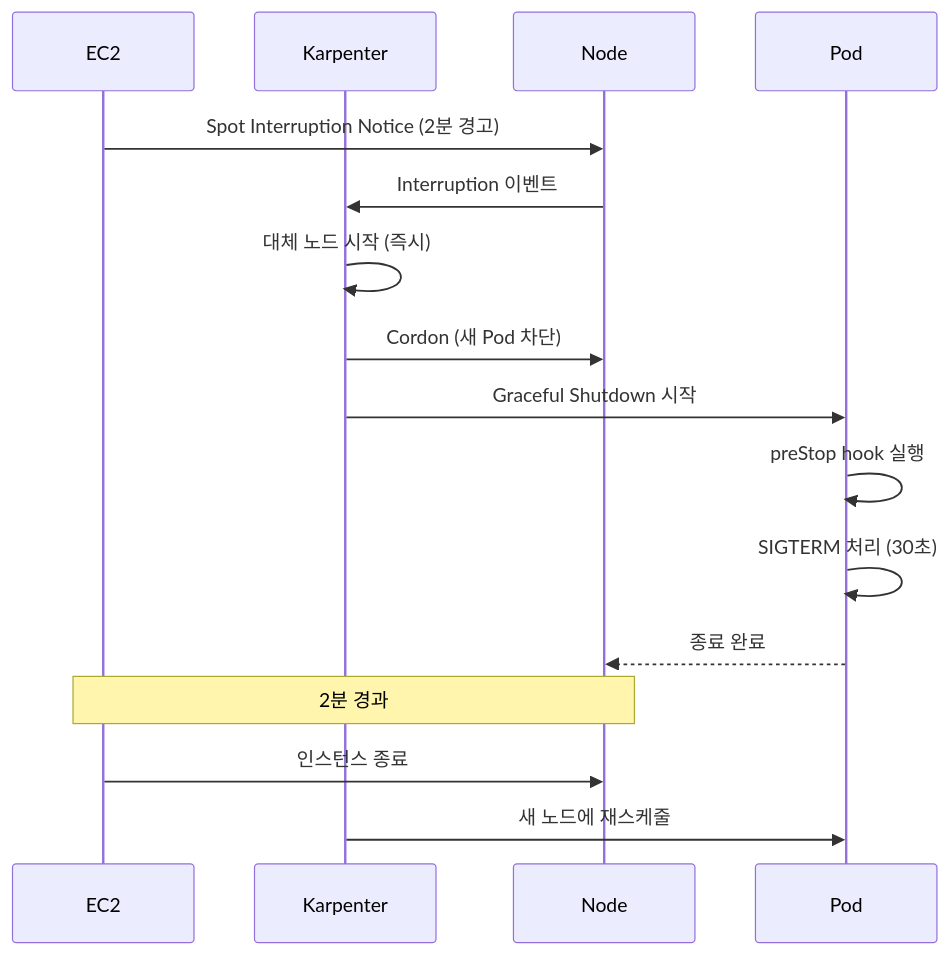
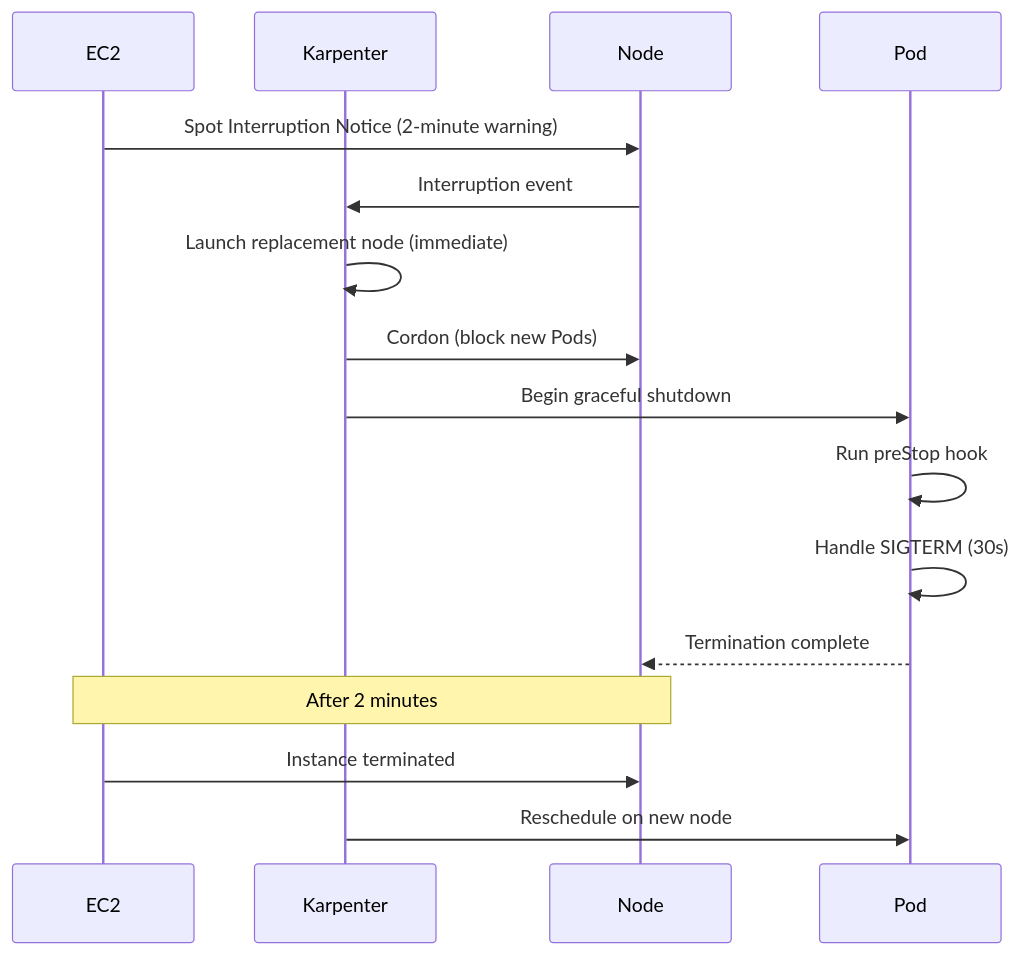
Before and after one commit to devfloor9/engineering-playbook: the fourth of 4 diagrams in docs/eks-best-practices/operations-reliability/eks-debugging/karpenter.md, drawn with Mermaid. The commit also changed other lines of this file and 954 other files, not shown here.

````diff
--- a/docs/eks-best-practices/operations-reliability/eks-debugging/karpenter.md
+++ b/docs/eks-best-practices/operations-reliability/eks-debugging/karpenter.md
@@ -354,21 +354,21 @@
 ```mermaid
 sequenceDiagram
     participant EC2
     participant Karpenter
     participant Node
     participant Pod
 
-    EC2->>Node: Spot Interruption Notice (2분 경고)
-    Node->>Karpenter: Interruption 이벤트
-    Karpenter->>Karpenter: 대체 노드 시작 (즉시)
-    Karpenter->>Node: Cordon (새 Pod 차단)
-    Karpenter->>Pod: Graceful Shutdown 시작
-    Pod->>Pod: preStop hook 실행
-    Pod->>Pod: SIGTERM 처리 (30초)
-    Pod-->>Node: 종료 완료
+    EC2->>Node: Spot Interruption Notice (2-minute warning)
+    Node->>Karpenter: Interruption event
+    Karpenter->>Karpenter: Launch replacement node (immediate)
+    Karpenter->>Node: Cordon (block new Pods)
+    Karpenter->>Pod: Begin graceful shutdown
+    Pod->>Pod: Run preStop hook
+    Pod->>Pod: Handle SIGTERM (30s)
+    Pod-->>Node: Termination complete
 
-    Note over EC2,Node: 2분 경과
-    EC2->>Node: 인스턴스 종료
+    Note over EC2,Node: After 2 minutes
+    EC2->>Node: Instance terminated
 
-    Karpenter->>Pod: 새 노드에 재스케줄
+    Karpenter->>Pod: Reschedule on new node
 ```
````
